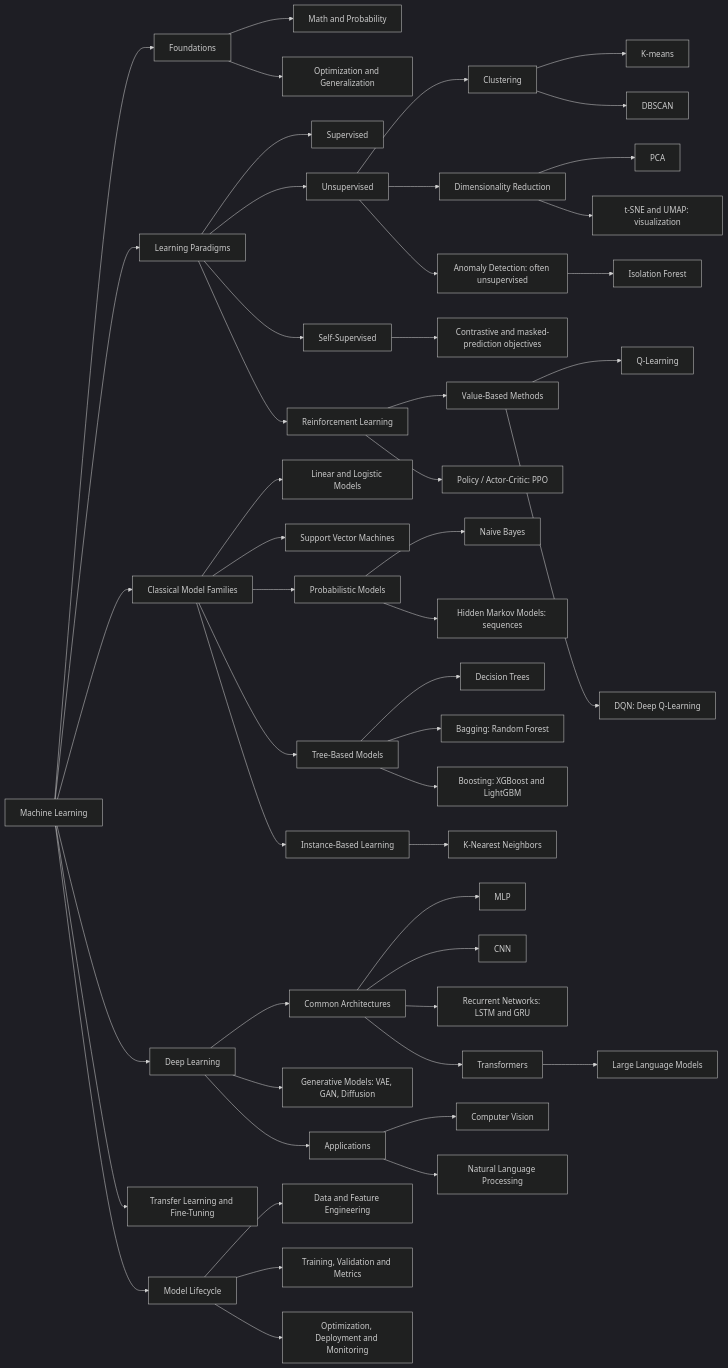
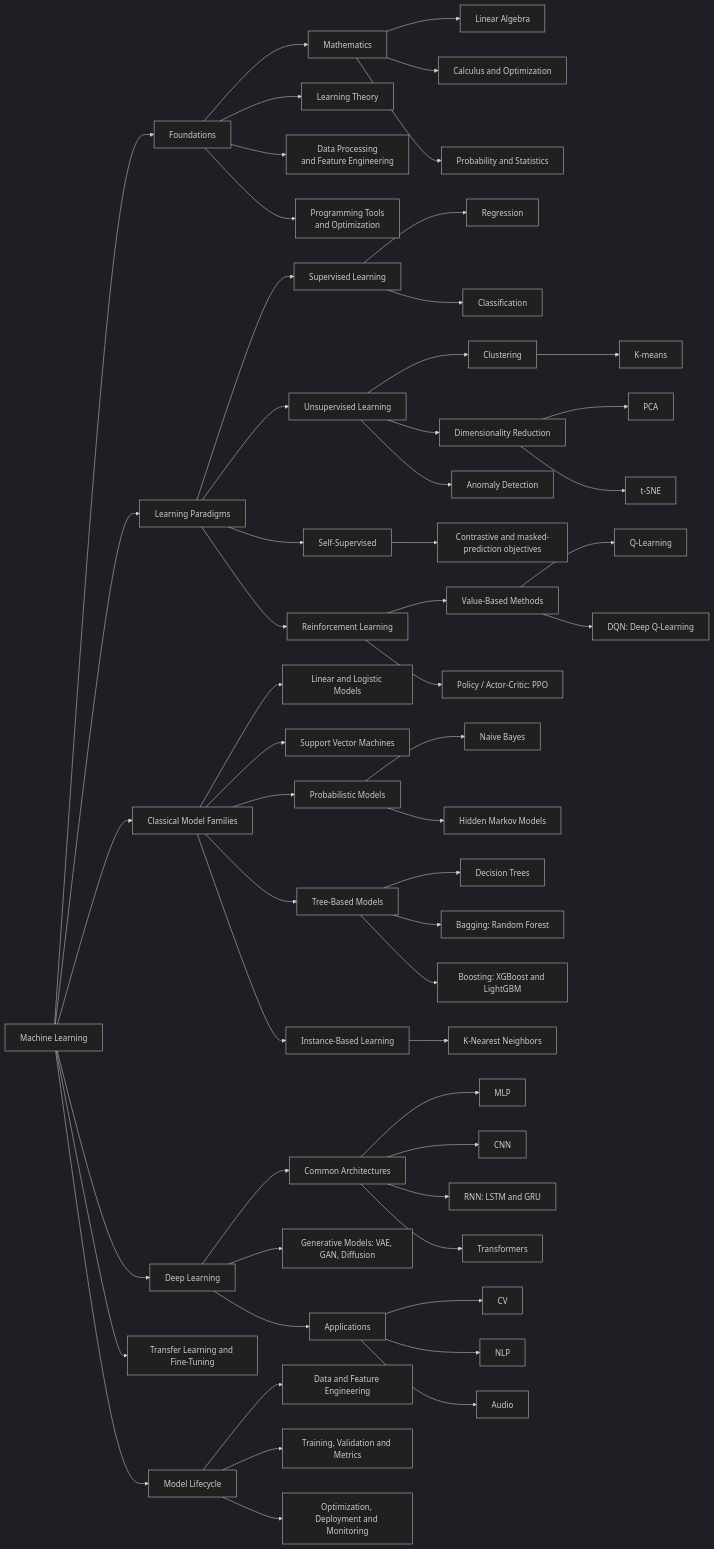
The diagram in README.md (MaxApp/deeplearning), drawn with Mermaid (dark theme) before and after one commit. The commit also changed other lines of this file, not shown here.

Commit message:
update mermaid

````diff
--- a/README.md
+++ b/README.md
@@ -26,59 +26,64 @@
 ```mermaid
 flowchart LR
     ML[Machine Learning]
     ML --> F[Foundations]
-    F --> M[Math and Probability]
-    F --> OPT[Optimization and Generalization]
+    M --> LA[Linear Algebra]
+    M --> CAL[Calculus and Optimization]
+    M --> PROB[Probability and Statistics]
+    F --> M[Mathematics]
+    F --> LT[Learning Theory]
+    F --> FE[Data Processing \nand Feature Engineering]
+    F --> P[Programming Tools \nand Optimization]
 
     ML --> PAR[Learning Paradigms]
-    PAR --> SUP[Supervised]
-    PAR --> US[Unsupervised]
+    PAR --> SUP[Supervised Learning]
+    SUP --> REG[Regression]
+    SUP --> CLS[Classification]
+    PAR --> US[Unsupervised Learning]
     PAR --> SSL[Self-Supervised]
     SSL --> OBJECTIVES[Contrastive and masked-prediction objectives]
     PAR --> RL[Reinforcement Learning]
 
     ML --> CML[Classical Model Families]
     CML --> LIN[Linear and Logistic Models]
     CML --> SVM[Support Vector Machines]
     CML --> PM[Probabilistic Models]
     PM --> NB[Naive Bayes]
-    PM --> HMM[Hidden Markov Models: sequences]
+    PM --> HMM[Hidden Markov Models]
     CML --> TREE[Tree-Based Models]
     TREE --> DT[Decision Trees]
     TREE --> RF[Bagging: Random Forest]
     TREE --> BOOST[Boosting: XGBoost and LightGBM]
     CML --> INST[Instance-Based Learning]
     INST --> KNN[K-Nearest Neighbors]
 
     US --> CLUST[Clustering]
     CLUST --> KM[K-means]
-    CLUST --> DB[DBSCAN]
     US --> DIM[Dimensionality Reduction]
     DIM --> PCA[PCA]
-    DIM --> EMBED[t-SNE and UMAP: visualization]
-    US --> ANOM[Anomaly Detection: often unsupervised]
-    ANOM --> ISO[Isolation Forest]
+    DIM --> EMBED[t-SNE]
+    US --> ANOM[Anomaly Detection]
 
     RL --> VALUE[Value-Based Methods]
     VALUE --> QL[Q-Learning]
     VALUE --> DQN[DQN: Deep Q-Learning]
     RL --> POLICY[Policy / Actor-Critic: PPO]
 
     ML --> DL[Deep Learning]
     DL --> ARCH[Common Architectures]
     ARCH --> MLP[MLP]
     ARCH --> CNN[CNN]
-    ARCH --> RNN[Recurrent Networks: LSTM and GRU]
+    ARCH --> RNN[RNN: LSTM and GRU]
     ARCH --> TF[Transformers]
-    TF --> LLM[Large Language Models]
     DL --> GEN[Generative Models: VAE, GAN, Diffusion]
     DL --> APP[Applications]
-    APP --> CV[Computer Vision]
-    APP --> NLP[Natural Language Processing]
+    APP --> CV[CV]
+    APP --> NLP[NLP]
+    APP --> AD[Audio]
 
     ML --> ADAPT[Transfer Learning and Fine-Tuning]
     ML --> LIFE[Model Lifecycle]
     LIFE --> DATA[Data and Feature Engineering]
     LIFE --> TE[Training, Validation and Metrics]
     LIFE --> OD[Optimization, Deployment and Monitoring]
 ```
````
